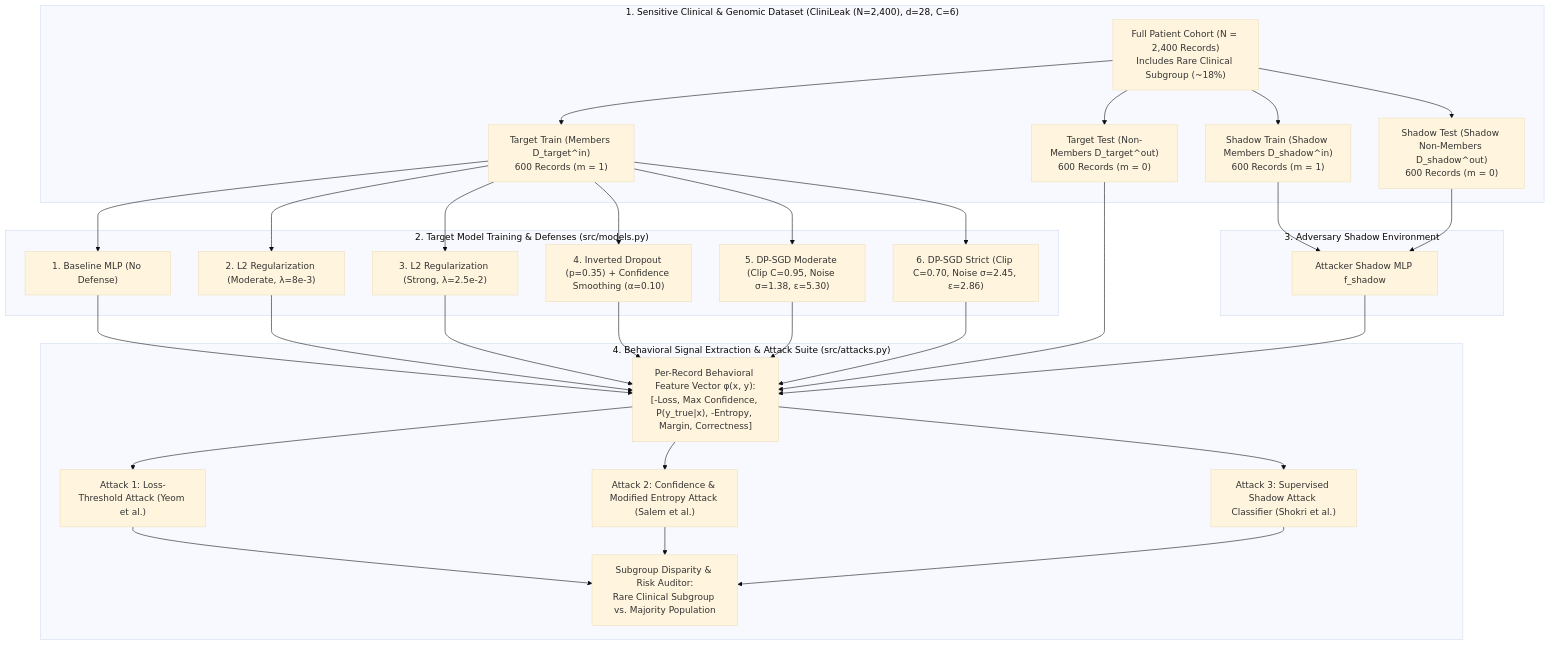
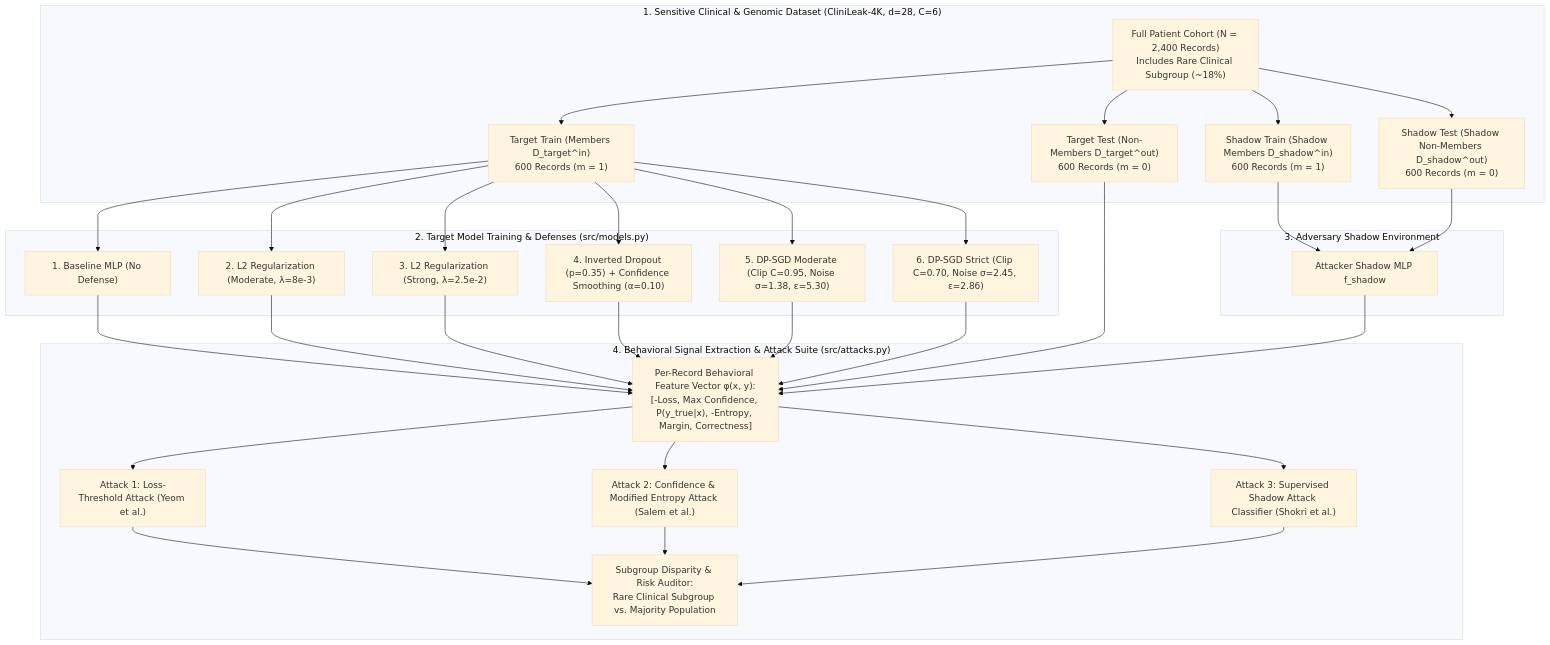
One commit to ramithanayak98-ar/membership-inference-model-leakage changed the diagram in README.md. Above: the diagram before and after it, drawn with Mermaid (base theme). The commit also changed other lines of this file, not shown here.

````diff
--- a/README.md
+++ b/README.md
@@ -111,39 +43,39 @@
-``` mermaid
+```mermaid
 flowchart TD
-    subgraph DataLayer["1. Sensitive Clinical & Genomic Dataset (CliniLeak (N=2,400), d=28, C=6)"]
+    subgraph DataLayer["1. Sensitive Clinical & Genomic Dataset (CliniLeak-4K, d=28, C=6)"]
         D["Full Patient Cohort (N = 2,400 Records)<br/>Includes Rare Clinical Subgroup (~18%)"]
         DT_IN["Target Train (Members D_target^in)<br/>600 Records (m = 1)"]
         DT_OUT["Target Test (Non-Members D_target^out)<br/>600 Records (m = 0)"]
         DS_IN["Shadow Train (Shadow Members D_shadow^in)<br/>600 Records (m = 1)"]
         DS_OUT["Shadow Test (Shadow Non-Members D_shadow^out)<br/>600 Records (m = 0)"]
         D --> DT_IN & DT_OUT & DS_IN & DS_OUT
     end
 
     subgraph DefenseLayer["2. Target Model Training & Defenses (src/models.py)"]
         M1["1. Baseline MLP (No Defense)"]
         M2["2. L2 Regularization (Moderate, λ=8e-3)"]
         M3["3. L2 Regularization (Strong, λ=2.5e-2)"]
         M4["4. Inverted Dropout (p=0.35) + Confidence Smoothing (α=0.10)"]
         M5["5. DP-SGD Moderate (Clip C=0.95, Noise σ=1.38, ε=5.30)"]
         M6["6. DP-SGD Strict (Clip C=0.70, Noise σ=2.45, ε=2.86)"]
         DT_IN --> M1 & M2 & M3 & M4 & M5 & M6
     end
 
     subgraph ShadowLayer["3. Adversary Shadow Environment"]
         SM["Attacker Shadow MLP f_shadow"]
         DS_IN --> SM
         DS_OUT --> SM
     end
 
     subgraph AttackLayer["4. Behavioral Signal Extraction & Attack Suite (src/attacks.py)"]
         SIG["Per-Record Behavioral Feature Vector φ(x, y):<br/>[-Loss, Max Confidence, P(y_true|x), -Entropy, Margin, Correctness]"]
         A1["Attack 1: Loss-Threshold Attack (Yeom et al.)"]
         A2["Attack 2: Confidence & Modified Entropy Attack (Salem et al.)"]
         A3["Attack 3: Supervised Shadow Attack Classifier (Shokri et al.)"]
         SUB["Subgroup Disparity & Risk Auditor:<br/>Rare Clinical Subgroup vs. Majority Population"]
         M1 & M2 & M3 & M4 & M5 & M6 --> SIG
         DT_OUT --> SIG
         SM --> SIG
         SIG --> A1 & A2 & A3 --> SUB
     end
 ```
````
